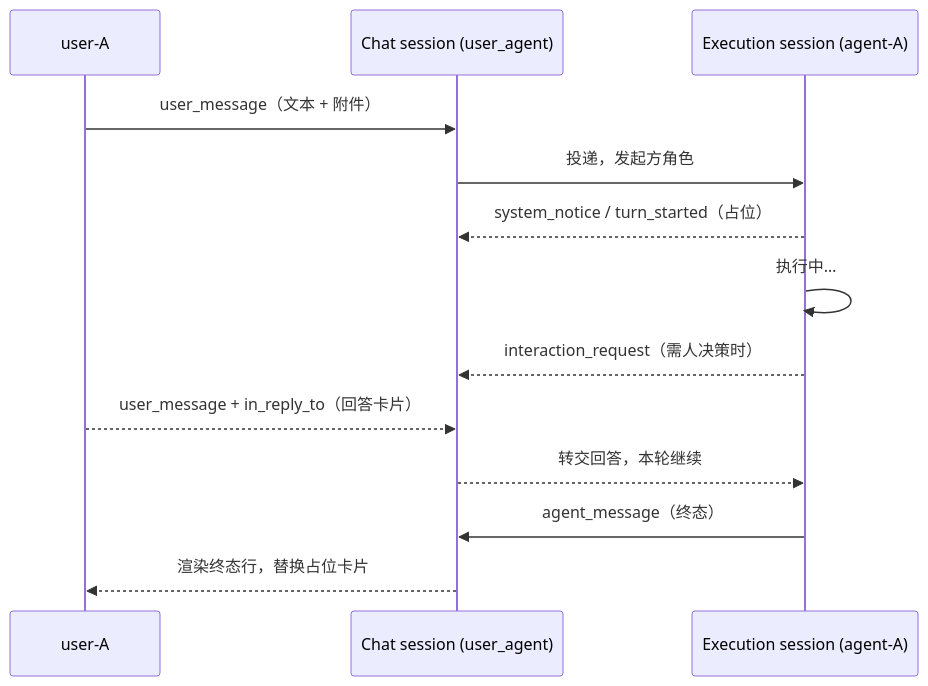
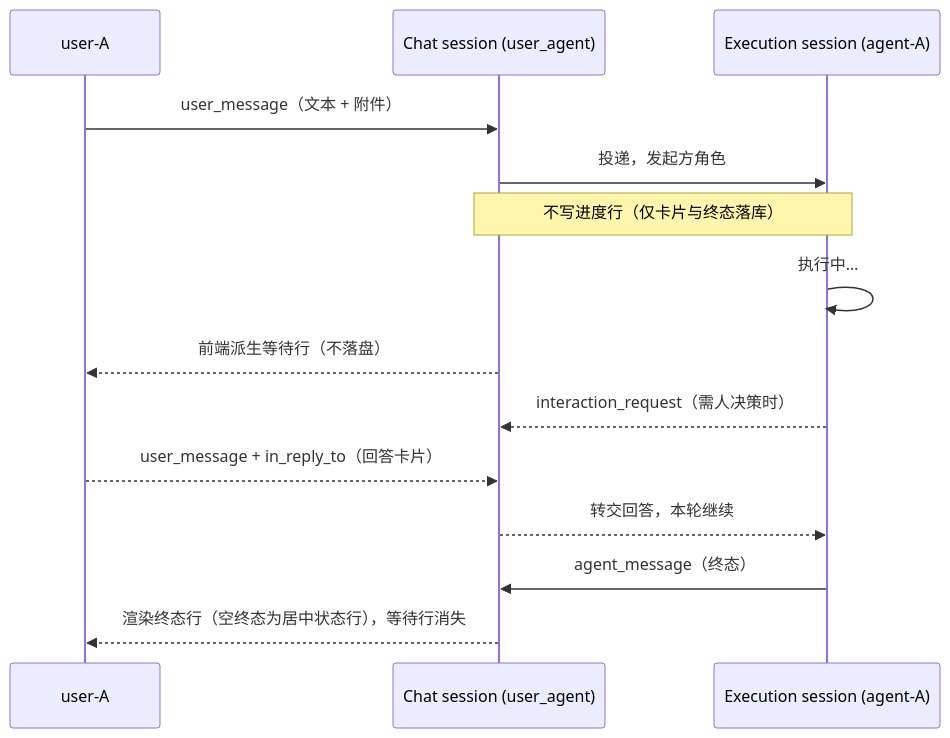
The sixth of 10 diagrams in docs/design/zh/27-intent-messaging-and-group-chat.md (acowork/acowork), drawn with Mermaid before and after one commit. The commit also changed other lines of this file and 82 other files, not shown here.

````diff
--- a/docs/design/zh/27-intent-messaging-and-group-chat.md
+++ b/docs/design/zh/27-intent-messaging-and-group-chat.md
@@ -529,15 +534,16 @@
 ```mermaid
 sequenceDiagram
     participant U as user-A
     participant CS as Chat session (user_agent)
     participant ES as Execution session (agent-A)
     U->>CS: user_message（文本 + 附件）
     CS->>ES: 投递，发起方角色
-    ES-->>CS: system_notice / turn_started（占位）
+    Note over ES,CS: 不写进度行（仅卡片与终态落库）
     ES->>ES: 执行中…
+    CS-->>U: 前端派生等待行（不落盘）
     ES-->>CS: interaction_request（需人决策时）
     U-->>CS: user_message + in_reply_to（回答卡片）
     CS-->>ES: 转交回答，本轮继续
     ES->>CS: agent_message（终态）
-    CS-->>U: 渲染终态行，替换占位卡片
+    CS-->>U: 渲染终态行（空终态为居中状态行），等待行消失
 ```
````
